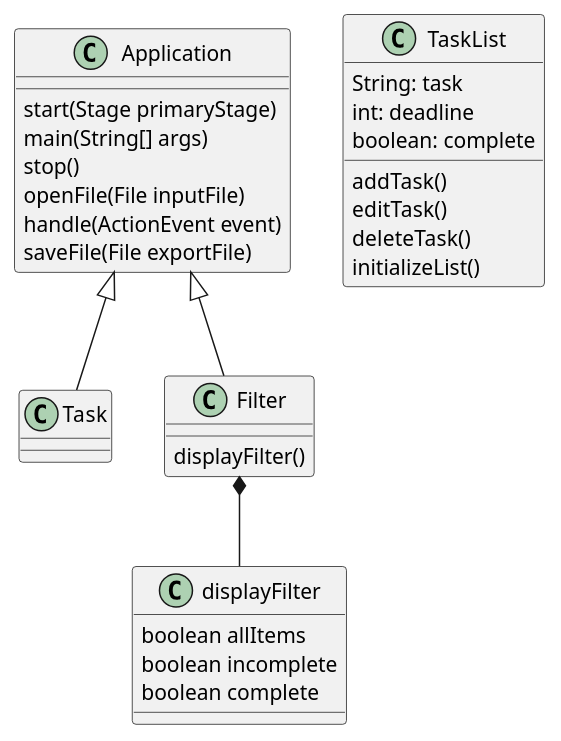
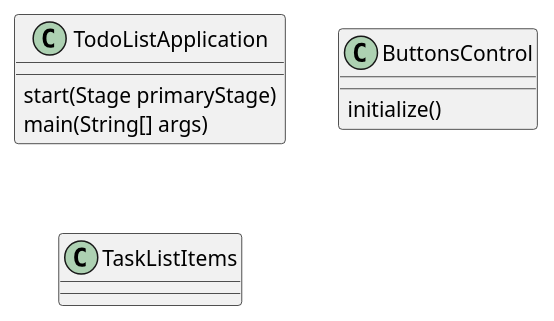
Before and after one commit to lins0409/lin-app1-imp1: the diagram in TodoListApplication/docs/App1_diagram.puml, drawn with PlantUML. The commit also changed 15 other files, not shown here.

```diff
--- a/TodoListApplication/docs/App1_diagram.puml
+++ b/TodoListApplication/docs/App1_diagram.puml
@@ -1,34 +1,18 @@
 @startuml
 'https://plantuml.com/class-diagram
 
 
-class Application {
+class TodoListApplication {
 start(Stage primaryStage)
 main(String[] args)
-stop()
-openFile(File inputFile)
-handle(ActionEvent event)
-saveFile(File exportFile)
 }
 
-Application <|-- Task
-class TaskList {
-String: task
-int: deadline
-boolean: complete
-addTask()
-editTask()
-deleteTask()
-initializeList()
-}
-Application <|-- Filter
-class Filter{
-displayFilter()
+class ButtonsControl {
+initialize()
 }
 
-Filter *-- displayFilter
-displayFilter : boolean allItems
-displayFilter : boolean incomplete
-displayFilter : boolean complete
+class TaskListItems{
+
+}
 
 @enduml
```
